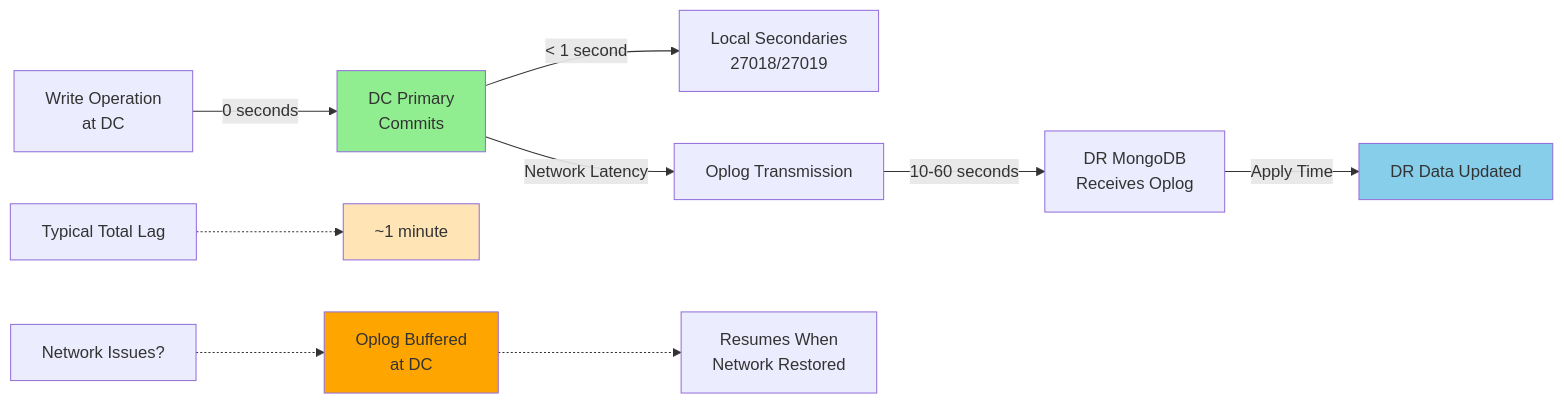
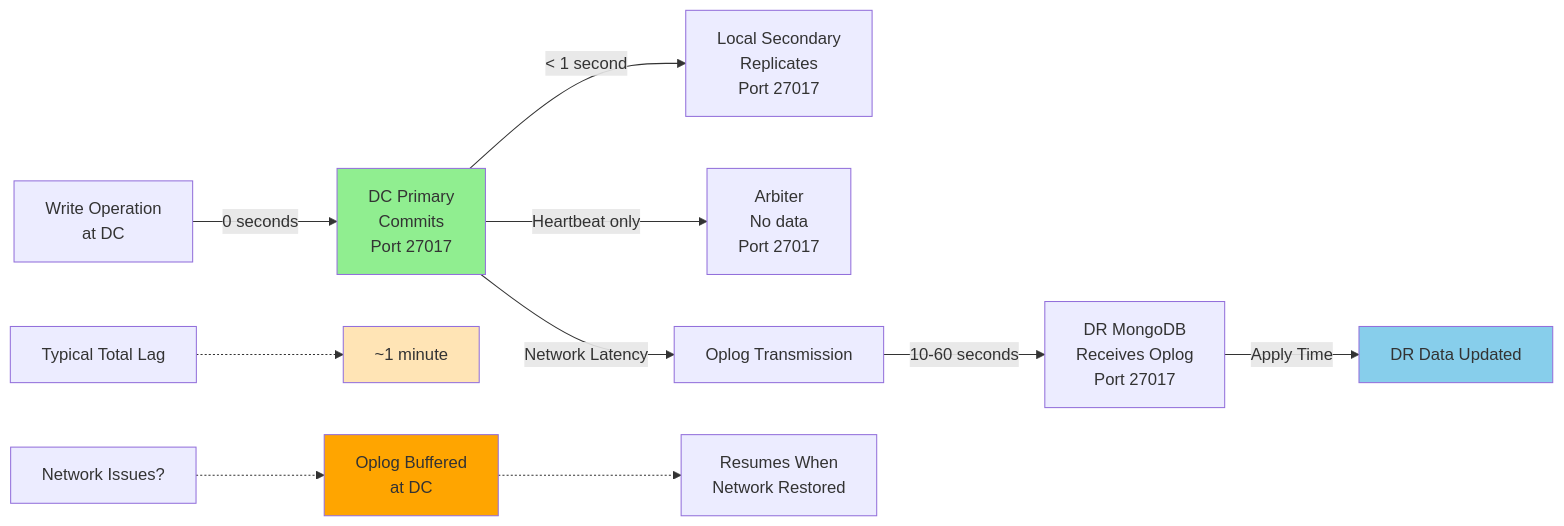
The tenth of 12 diagrams in HA_DR_Architecture_Documentation_dt.md (Vishwa0220/customers-docs), drawn with Mermaid before and after one commit. The commit also changed other lines of this file, not shown here.

````diff
--- a/HA_DR_Architecture_Documentation_dt.md
+++ b/HA_DR_Architecture_Documentation_dt.md
@@ -574,18 +579,19 @@
 ```mermaid
 graph LR
-    A[Write Operation<br/>at DC] -->|0 seconds| B[DC Primary<br/>Commits]
-    B -->|< 1 second| C[Local Secondaries<br/>27018/27019]
-    B -->|Network Latency| D[Oplog Transmission]
-    D -->|10-60 seconds| E[DR MongoDB<br/>Receives Oplog]
-    E -->|Apply Time| F[DR Data Updated]
+    A[Write Operation<br/>at DC] -->|0 seconds| B[DC Primary<br/>Commits<br/>Port 27017]
+    B -->|< 1 second| C[Local Secondary<br/>Replicates<br/>Port 27017]
+    B -->|Heartbeat only| D[Arbiter<br/>No data<br/>Port 27017]
+    B -->|Network Latency| E[Oplog Transmission]
+    E -->|10-60 seconds| F[DR MongoDB<br/>Receives Oplog<br/>Port 27017]
+    F -->|Apply Time| G[DR Data Updated]
     
-    G[Typical Total Lag] -.-> H[~1 minute]
+    H[Typical Total Lag] -.-> I[~1 minute]
     
-    I[Network Issues?] -.-> J[Oplog Buffered<br/>at DC]
-    J -.-> K[Resumes When<br/>Network Restored]
+    J[Network Issues?] -.-> K[Oplog Buffered<br/>at DC]
+    K -.-> L[Resumes When<br/>Network Restored]
     
     style B fill:#90EE90
-    style F fill:#87CEEB
-    style H fill:#FFE4B5
-    style J fill:#FFA500
+    style G fill:#87CEEB
+    style I fill:#FFE4B5
+    style K fill:#FFA500
 ```
````
